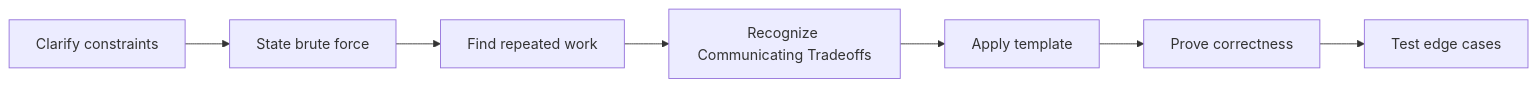
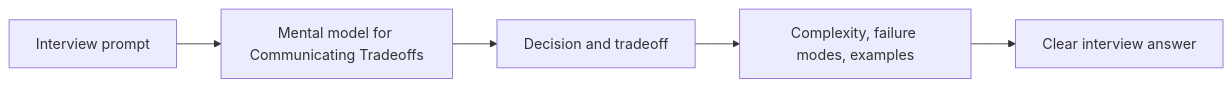
The second of 2 diagrams in coding-round/strategy/communicating-tradeoffs/index.md (abstractinterviews/abstractinterviews.github.io), drawn with Mermaid before and after one commit. The commit also changed other lines of this file and 278 other files, not shown here.

````diff
--- a/coding-round/strategy/communicating-tradeoffs/index.md
+++ b/coding-round/strategy/communicating-tradeoffs/index.md
@@ -123,9 +121,7 @@
-~~~mermaid
+```mermaid
 flowchart LR
-    A["Clarify constraints"] --> B["State brute force"]
-    B --> C["Find repeated work"]
-    C --> D["Recognize Communicating Tradeoffs"]
-    D --> E["Apply template"]
-    E --> F["Prove correctness"]
-    F --> G["Test edge cases"]
-~~~
+    Problem["Interview prompt"] --> Model["Mental model for Communicating Tradeoffs"]
+    Model --> Choice["Decision and tradeoff"]
+    Choice --> Evidence["Complexity, failure modes, examples"]
+    Evidence --> Answer["Clear interview answer"]
+```
````
